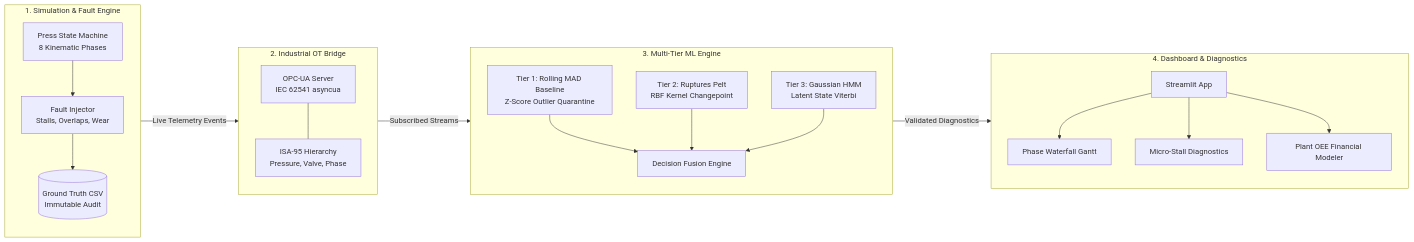
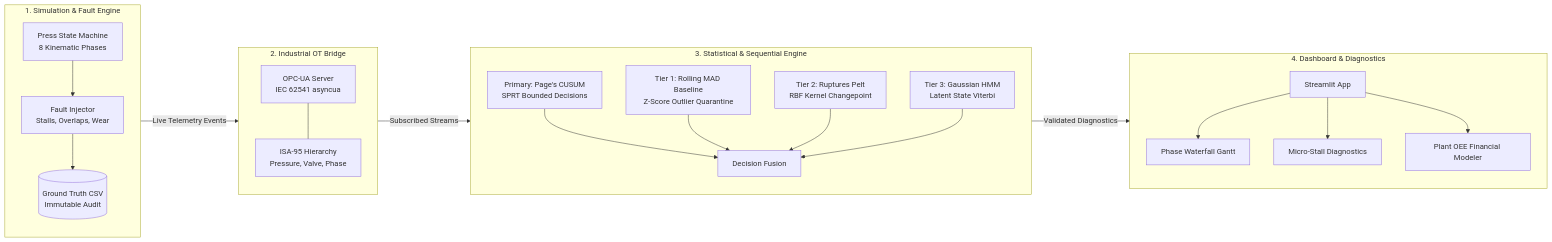
Before and after one commit to realruneett01/Dead-Cycle-Timer-optimizer: the diagram in README.md, drawn with Mermaid. The commit also changed other lines of this file and 4 other files, not shown here.

Commit message:
fix(opcua, docs): fix import collision, feature CUSUM/SPRT benchmark results, substantiate edge latency, update badge

````diff
--- a/README.md
+++ b/README.md
@@ -53,34 +54,35 @@
 ```mermaid
 flowchart LR
     subgraph S1["1. Simulation & Fault Engine"]
         SM[Press State Machine<br/>8 Kinematic Phases]
         INJ[Fault Injector<br/>Stalls, Overlaps, Wear]
         GT[(Ground Truth CSV<br/>Immutable Audit)]
         SM --> INJ --> GT
     end
 
     subgraph S2["2. Industrial OT Bridge"]
         SRV[OPC-UA Server<br/>IEC 62541 asyncua]
         TAG[ISA-95 Hierarchy<br/>Pressure, Valve, Phase]
         SRV --- TAG
     end
 
-    subgraph S3["3. Multi-Tier ML Engine"]
+    subgraph S3["3. Statistical & Sequential Engine"]
+        CUS[Primary: Page's CUSUM<br/>SPRT Bounded Decisions]
         ZSC[Tier 1: Rolling MAD Baseline<br/>Z-Score Outlier Quarantine]
         CPD[Tier 2: Ruptures Pelt<br/>RBF Kernel Changepoint]
         HMM[Tier 3: Gaussian HMM<br/>Latent State Viterbi]
-        ZSC & CPD & HMM --> FUS[Decision Fusion Engine]
+        CUS & ZSC & CPD & HMM --> FUS[Decision Fusion]
     end
 
     subgraph S4["4. Dashboard & Diagnostics"]
         UI[Streamlit App]
         WF[Phase Waterfall Gantt]
         DG[Micro-Stall Diagnostics]
         ROI[Plant OEE Financial Modeler]
         UI --> WF & DG & ROI
     end
 
     S1 -->|Live Telemetry Events| S2
     S2 -->|Subscribed Streams| S3
     S3 -->|Validated Diagnostics| S4
 ```
````
